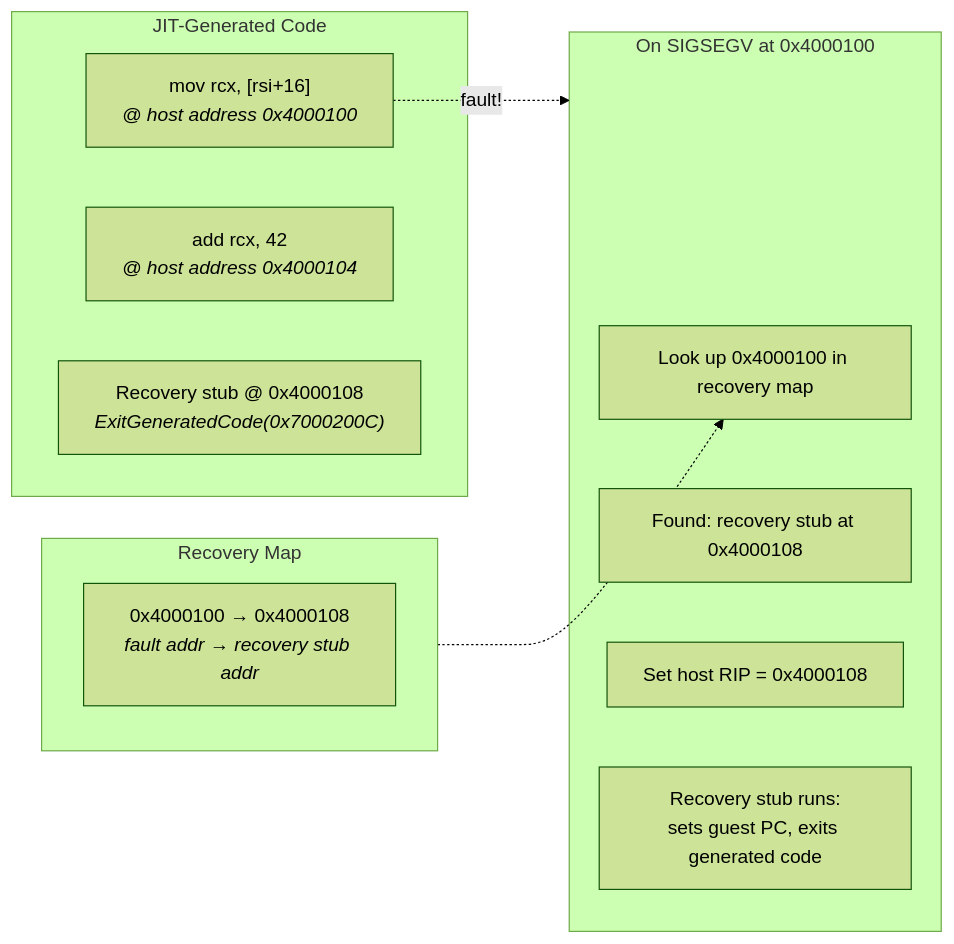
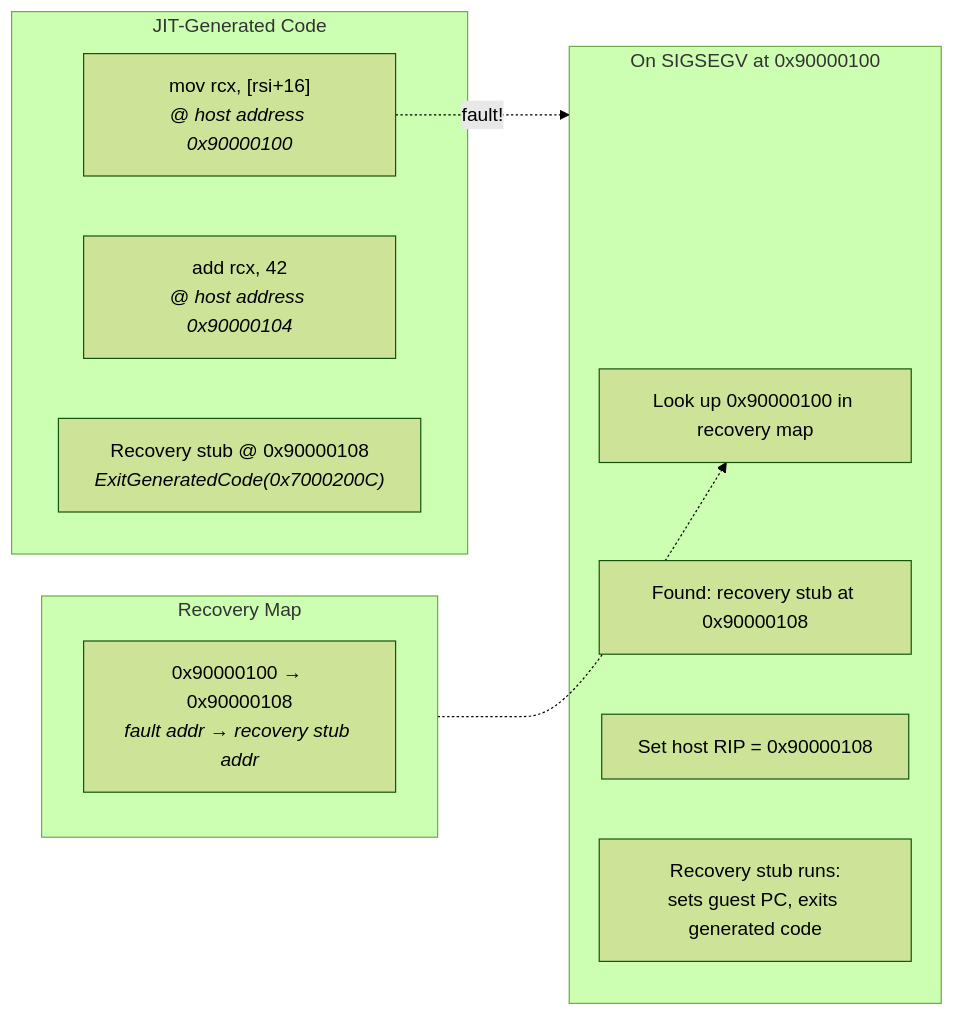
One commit to DigitalisX64/digitalis changed diagram 19 of 52 in docs/how-it-works.md. Above: the diagram before and after it, drawn with Mermaid (forest theme). The commit also changed other lines of this file and 1 other file, not shown here.

Commit message:
docs: explain the reserved 2-4 GiB JIT code window

````diff
--- a/docs/how-it-works.md
+++ b/docs/how-it-works.md
@@ -1216,22 +1216,22 @@
 ```mermaid
 graph LR
     subgraph JIT_Code["JIT-Generated Code"]
-        I1["mov rcx, [rsi+16]<br/><i>@ host address 0x4000100</i>"]
-        I2["add rcx, 42<br/><i>@ host address 0x4000104</i>"]
-        RS["Recovery stub @ 0x4000108<br/><i>ExitGeneratedCode(0x7000200C)</i>"]
+        I1["mov rcx, [rsi+16]<br/><i>@ host address 0x90000100</i>"]
+        I2["add rcx, 42<br/><i>@ host address 0x90000104</i>"]
+        RS["Recovery stub @ 0x90000108<br/><i>ExitGeneratedCode(0x7000200C)</i>"]
     end
 
     subgraph Recovery["Recovery Map"]
-        R1["0x4000100 → 0x4000108<br/><i>fault addr → recovery stub addr</i>"]
+        R1["0x90000100 → 0x90000108<br/><i>fault addr → recovery stub addr</i>"]
     end
 
-    subgraph Handler["On SIGSEGV at 0x4000100"]
-        H1["Look up 0x4000100 in recovery map"]
-        H2["Found: recovery stub at 0x4000108"]
-        H3["Set host RIP = 0x4000108"]
+    subgraph Handler["On SIGSEGV at 0x90000100"]
+        H1["Look up 0x90000100 in recovery map"]
+        H2["Found: recovery stub at 0x90000108"]
+        H3["Set host RIP = 0x90000108"]
         H4["Recovery stub runs:<br/>sets guest PC, exits generated code"]
     end
 
     I1 -.->|"fault!"| Handler
     Recovery -.-> H1
 ```
````
